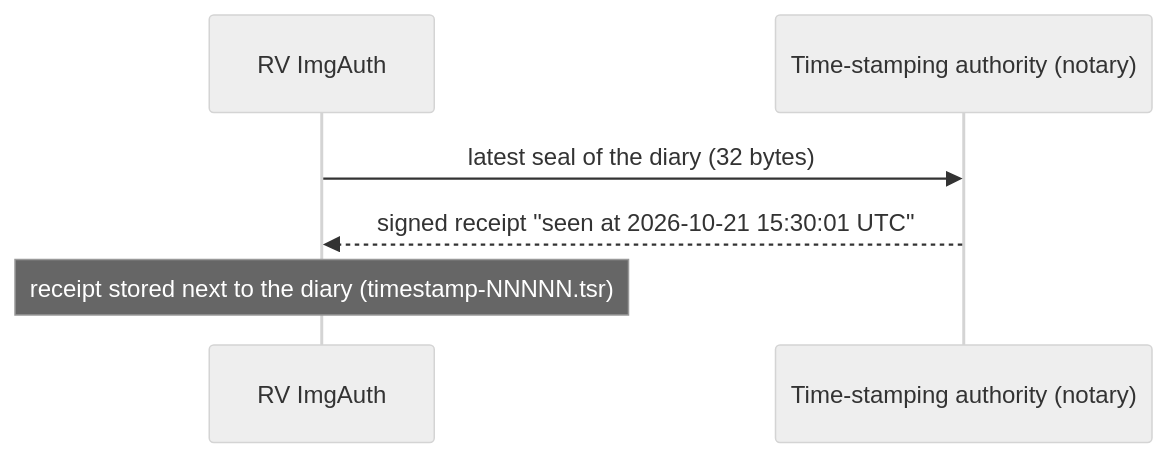
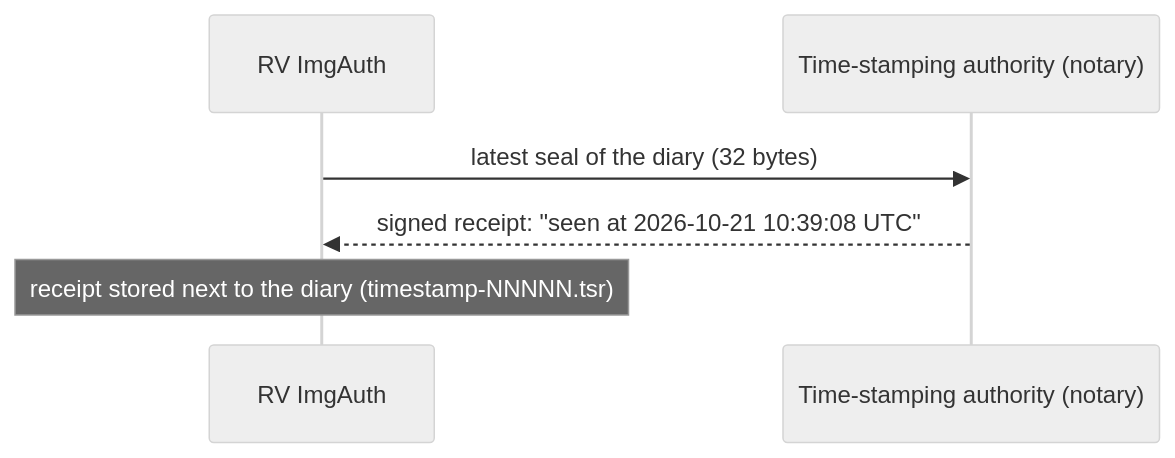
One commit to Panacota96/rv-imgauth changed the fourth of 16 diagrams in docs/theory.md. Above: the diagram before and after it, drawn with Mermaid (neutral theme). The commit also changed other lines of this file and 84 other files, not shown here.

````diff
--- a/docs/theory.md
+++ b/docs/theory.md
@@ -179,8 +200,8 @@
 ```mermaid
 sequenceDiagram
     participant T as RV ImgAuth
     participant N as Time-stamping authority (notary)
     T->>N: latest seal of the diary (32 bytes)
-    N-->>T: signed receipt "seen at 2026-10-21 15:30:01 UTC"
+    N-->>T: signed receipt: "seen at 2026-10-21 10:39:08 UTC"
     Note over T: receipt stored next to the diary (timestamp-NNNNN.tsr)
 ```
````
